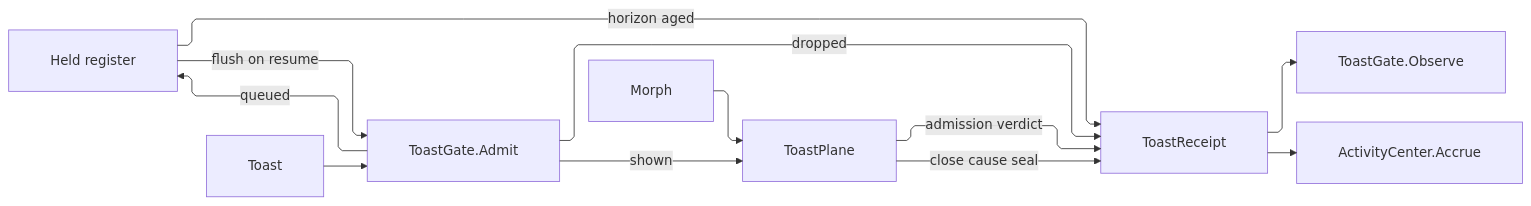
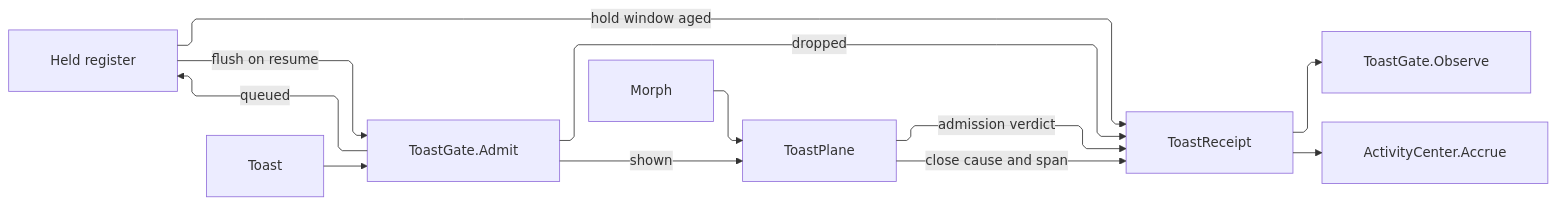
One commit to bsamiee/Rasm changed the second of 2 diagrams in libs/csharp/Rasm.AppUi/.planning/Shell/dialogs.md. Above: the diagram before and after it, drawn with Mermaid. The commit also changed other lines of this file and 818 other files, not shown here.

````diff
--- a/libs/csharp/Rasm.AppUi/.planning/Shell/dialogs.md
+++ b/libs/csharp/Rasm.AppUi/.planning/Shell/dialogs.md
@@ -1114,23 +1412,23 @@
 ```mermaid
 ---
 config:
   layout: elk
   flowchart:
     curve: linear
     padding: 25
 ---
 flowchart LR
-    accTitle: Toast admission, morph, and outcome fan
-    accDescr: A toast admitting through the gate into the presentation plane, the held register, or a dropped receipt, a pending note morphing in place on the plane under its admission correlation, held entries flushing back on resume or aging past the horizon, and the plane sealing a cause-bearing receipt when the card reports its close.
+    accTitle: Toast admission, morph, and verdict fan
+    accDescr: A toast admitting through the gate into the presentation plane, the held register, or a dropped receipt, a pending note morphing in place on the plane under its admission correlation, held entries flushing back on resume or aging past the motion plan hold window, and the plane sealing a cause-bearing and span-bearing receipt when the card reports its close.
     Toast["Toast"] --> Admit["ToastGate.Admit"]
     Admit -->|"shown"| Plane["ToastPlane"]
     Admit -->|"queued"| Held["Held register"]
     Admit -->|"dropped"| Receipt["ToastReceipt"]
     Morph["Morph"] --> Plane
     Held -->|"flush on resume"| Admit
     Plane -->|"admission verdict"| Receipt
-    Plane -->|"close cause seal"| Receipt
-    Held -->|"horizon aged"| Receipt
+    Plane -->|"close cause and span"| Receipt
+    Held -->|"hold window aged"| Receipt
     Receipt --> Observe["ToastGate.Observe"]
     Receipt --> Center["ActivityCenter.Accrue"]
 ```
````
